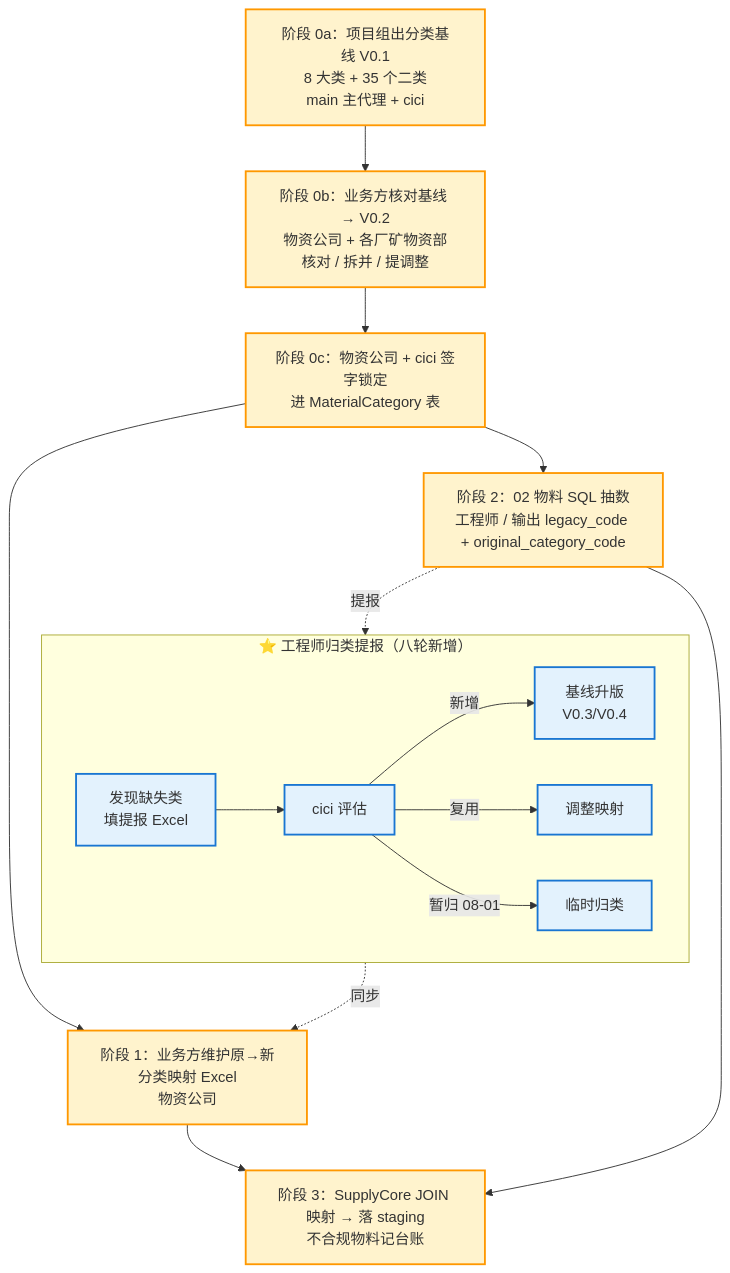
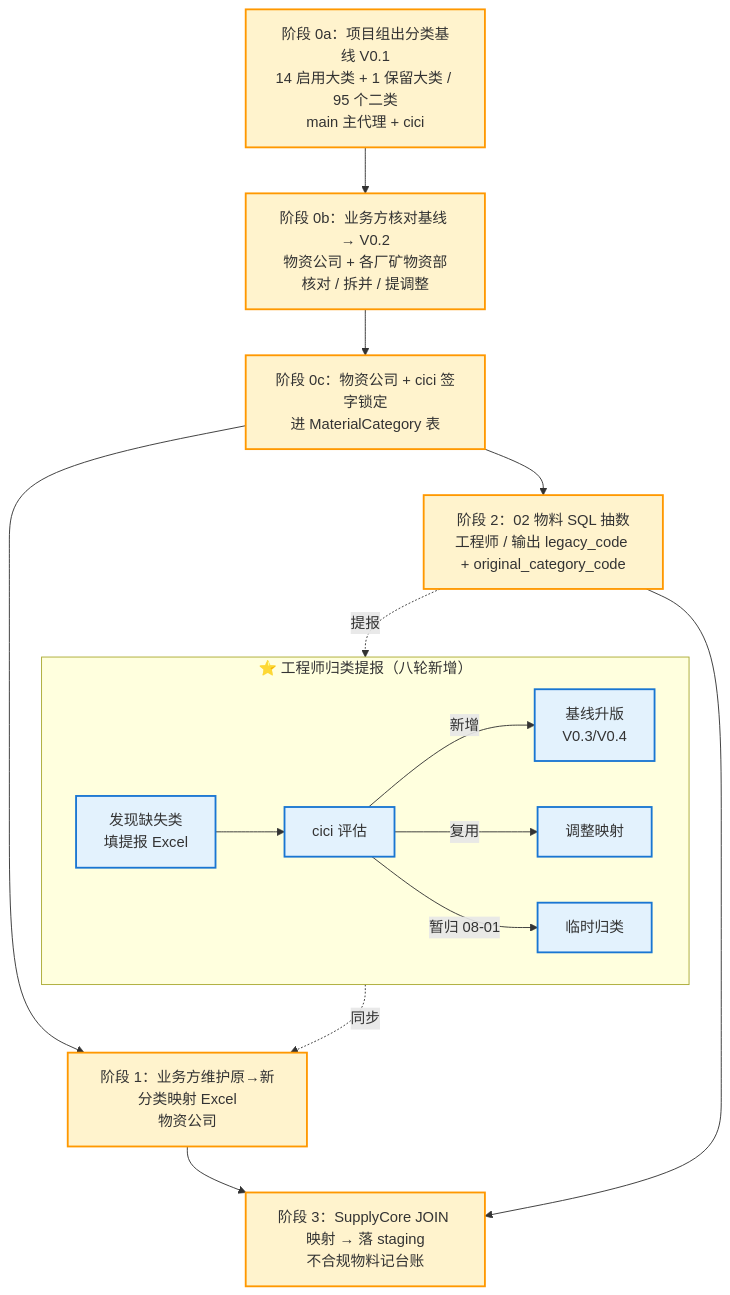
The third of 3 diagrams in docs/上线/原系统迁移方案-V0.1.md (hongjun-lee/SupplyCore), drawn with Mermaid before and after one commit. The commit also changed other lines of this file and 6 other files, not shown here.

````diff
--- a/docs/上线/原系统迁移方案-V0.1.md
+++ b/docs/上线/原系统迁移方案-V0.1.md
@@ -450,30 +448,30 @@
 ```mermaid
 flowchart TD
-  S0a[阶段 0a：项目组出分类基线 V0.1<br/>8 大类 + 35 个二类<br/>main 主代理 + cici]
+  S0a[阶段 0a：项目组出分类基线 V0.1<br/>14 启用大类 + 1 保留大类 / 95 个二类<br/>main 主代理 + cici]
   S0b[阶段 0b：业务方核对基线 → V0.2<br/>物资公司 + 各厂矿物资部<br/>核对 / 拆并 / 提调整]
   S0c[阶段 0c：物资公司 + cici 签字锁定<br/>进 MaterialCategory 表]
   S1[阶段 1：业务方维护原→新分类映射 Excel<br/>物资公司]
   S2[阶段 2：02 物料 SQL 抽数<br/>工程师 / 输出 legacy_code + original_category_code]
   S3[阶段 3：SupplyCore JOIN 映射 → 落 staging<br/>不合规物料记台账]
 
   S0a --> S0b --> S0c --> S1
   S0c --> S2
   S1 --> S3
   S2 --> S3
 
   subgraph Report["⭐ 工程师归类提报（八轮新增）"]
     direction LR
     R1[发现缺失类<br/>填提报 Excel] --> R2[cici 评估]
     R2 -->|新增| R3[基线升版<br/>V0.3/V0.4]
     R2 -->|复用| R4[调整映射]
     R2 -->|暂归 08-01| R5[临时归类]
   end
 
   S2 -.提报.-> R1
   R3 -.同步.-> S1
 
   classDef phase fill:#fff3cd,stroke:#ff9800,stroke-width:2px
   classDef report fill:#e3f2fd,stroke:#1976d2,stroke-width:2px
   class S0a,S0b,S0c,S1,S2,S3 phase
   class R1,R2,R3,R4,R5 report
 ```
````
